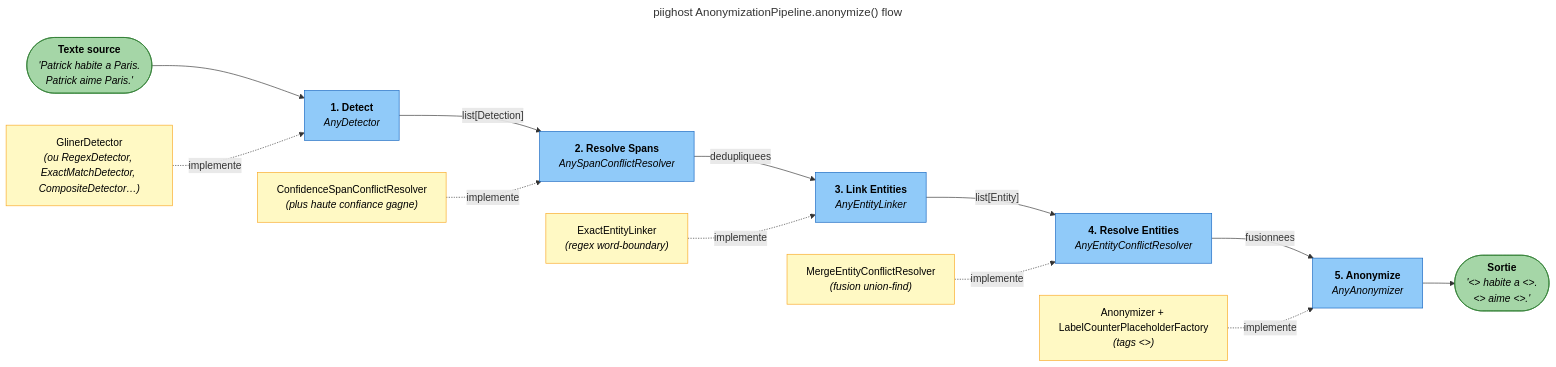
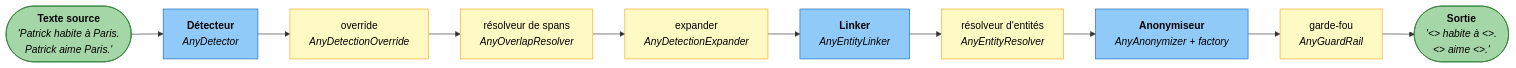
Before and after one commit to Athroniaeth/piighost: the second of 4 diagrams in docs/fr/architecture.md, drawn with Mermaid. The commit also changed other lines of this file and 57 other files, not shown here.

````diff
--- a/docs/fr/architecture.md
+++ b/docs/fr/architecture.md
@@ -89,52 +125,33 @@
 ```mermaid
----
-title: "piighost AnonymizationPipeline.anonymize() flow"
----
 flowchart LR
-    classDef stage fill:#90CAF9,stroke:#1565C0,color:#000
-    classDef protocol fill:#FFF9C4,stroke:#F9A825,color:#000
+    classDef req fill:#90CAF9,stroke:#1565C0,color:#000
+    classDef opt fill:#FFF9C4,stroke:#F9A825,color:#000
     classDef data fill:#A5D6A7,stroke:#2E7D32,color:#000
 
-    INPUT(["`**Texte source**
-    _'Patrick habite a Paris.
+    IN(["`**Texte source**
+    _'Patrick habite à Paris.
     Patrick aime Paris.'_`"]):::data
 
-    DETECT["`**1. Detect**
-    _AnyDetector_`"]:::stage
-    RESOLVE_SPANS["`**2. Resolve Spans**
-    _AnySpanConflictResolver_`"]:::stage
-    LINK["`**3. Link Entities**
-    _AnyEntityLinker_`"]:::stage
-    RESOLVE_ENTITIES["`**4. Resolve Entities**
-    _AnyEntityConflictResolver_`"]:::stage
-    ANONYMIZE["`**5. Anonymize**
-    _AnyAnonymizer_`"]:::stage
+    DET["`**Détecteur**
+    _AnyDetector_`"]:::req
+    OVR["`override
+    _AnyDetectionOverride_`"]:::opt
+    OVL["`résolveur de spans
+    _AnyOverlapResolver_`"]:::opt
+    EXP["`expander
+    _AnyDetectionExpander_`"]:::opt
+    LINK["`**Linker**
+    _AnyEntityLinker_`"]:::req
+    ENT["`résolveur d'entités
+    _AnyEntityResolver_`"]:::opt
+    ANON["`**Anonymiseur**
+    _AnyAnonymizer + factory_`"]:::req
+    GUARD["`garde-fou
+    _AnyGuardRail_`"]:::opt
 
-    OUTPUT(["`**Sortie**
-    _'<<PERSON:1>> habite a <<LOCATION:1>>.
+    OUT(["`**Sortie**
+    _'<<PERSON:1>> habite à <<LOCATION:1>>.
     <<PERSON:1>> aime <<LOCATION:1>>.'_`"]):::data
 
-    INPUT --> DETECT
-    DETECT -- "list[Detection]" --> RESOLVE_SPANS
-    RESOLVE_SPANS -- "dedupliquees" --> LINK
-    LINK -- "list[Entity]" --> RESOLVE_ENTITIES
-    RESOLVE_ENTITIES -- "fusionnees" --> ANONYMIZE
-    ANONYMIZE --> OUTPUT
-
-    P_DETECT["`GlinerDetector
-    _(ou RegexDetector, ExactMatchDetector, CompositeDetector…)_`"]:::protocol
-    P_RESOLVE_SPANS["`ConfidenceSpanConflictResolver
-    _(plus haute confiance gagne)_`"]:::protocol
-    P_LINK["`ExactEntityLinker
-    _(regex word-boundary)_`"]:::protocol
-    P_RESOLVE_ENTITIES["`MergeEntityConflictResolver
-    _(fusion union-find)_`"]:::protocol
-    P_ANONYMIZE["`Anonymizer + LabelCounterPlaceholderFactory
-    _(tags <<LABEL:N>>)_`"]:::protocol
-
-    P_DETECT -. "implemente" .-> DETECT
-    P_RESOLVE_SPANS -. "implemente" .-> RESOLVE_SPANS
-    P_LINK -. "implemente" .-> LINK
-    P_RESOLVE_ENTITIES -. "implemente" .-> RESOLVE_ENTITIES
-    P_ANONYMIZE -. "implemente" .-> ANONYMIZE
+    IN --> DET --> OVR --> OVL --> EXP --> LINK --> ENT --> ANON --> GUARD --> OUT
 ```
````
